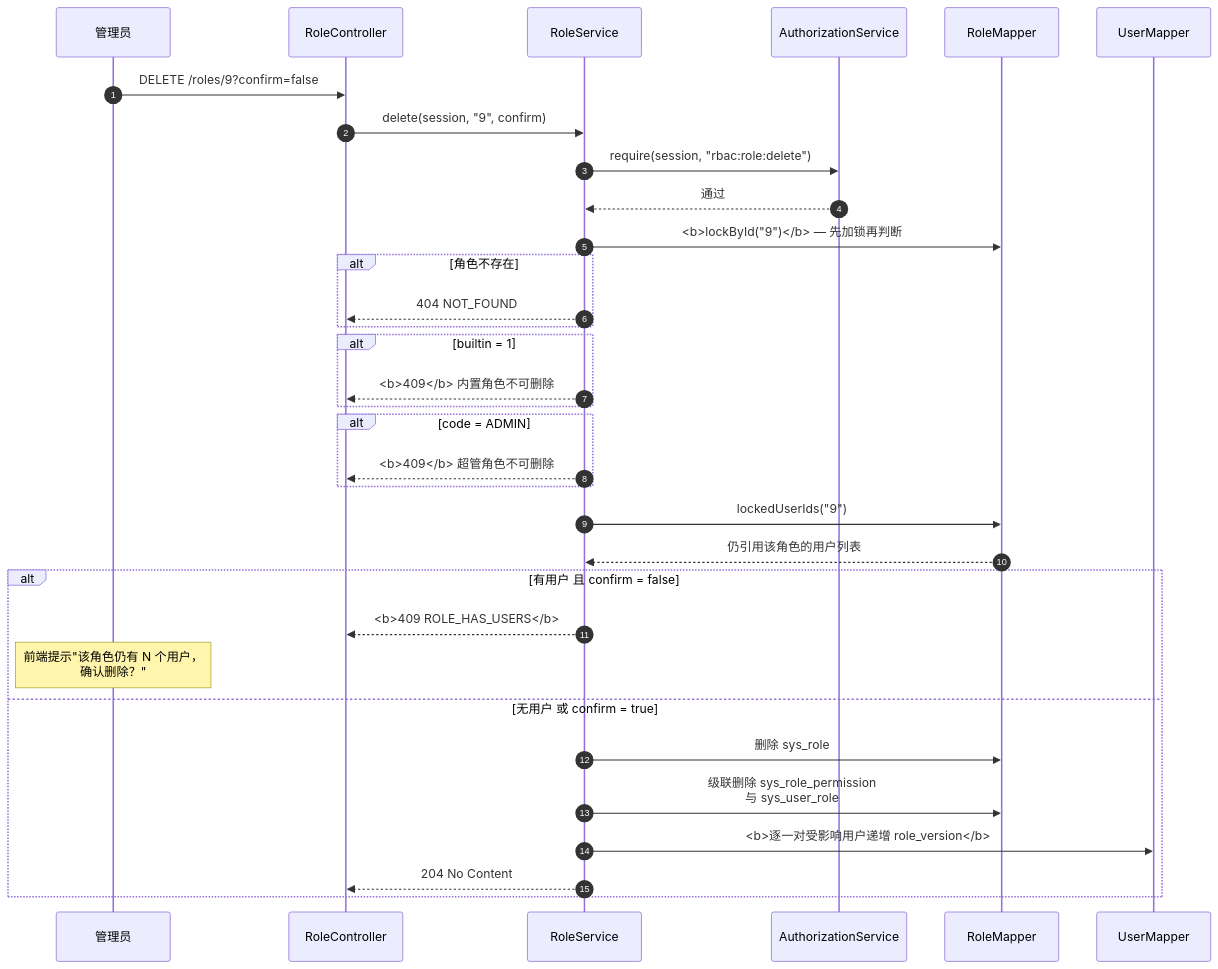
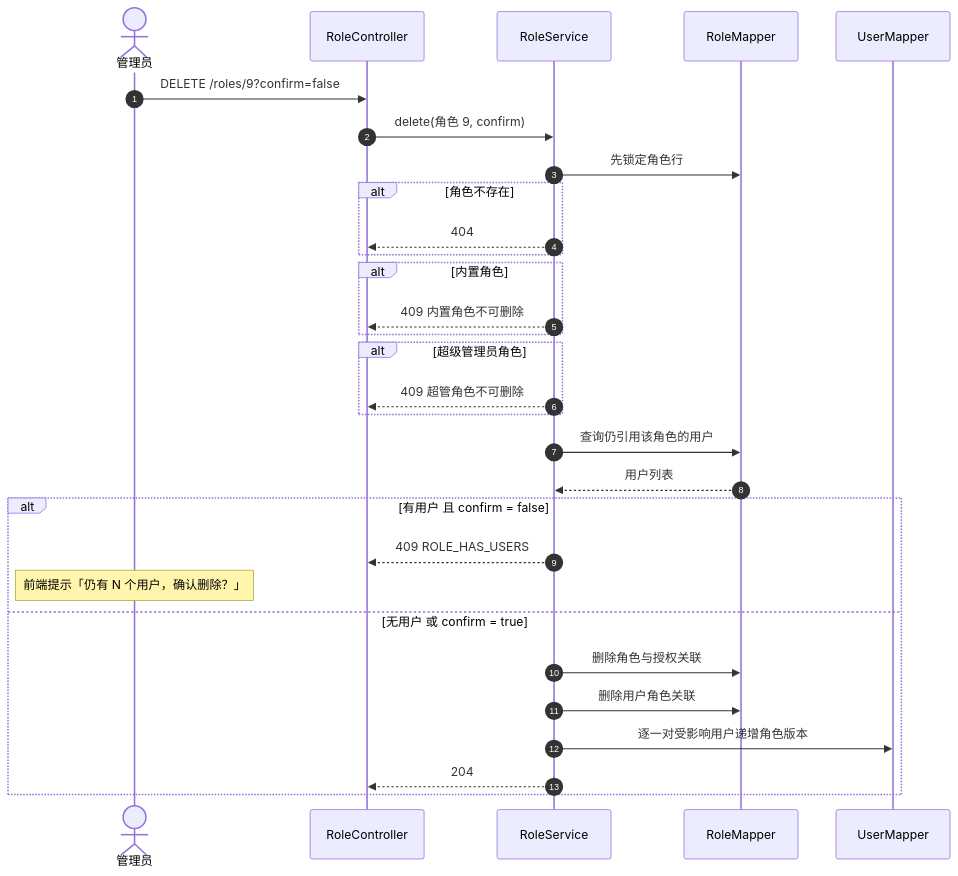
One commit to wenjiu-leng66/OO-d changed the sixth of 6 diagrams in docs/uml/sequence-diagrams.md. Above: the diagram before and after it, drawn with Mermaid. The commit also changed other lines of this file and 4 other files, not shown here.

First line of the commit message:
docs(uml): 按需求驱动重做模型与设计图

````diff
--- a/docs/uml/sequence-diagrams.md
+++ b/docs/uml/sequence-diagrams.md
@@ -368,41 +324,36 @@
 ```mermaid
 sequenceDiagram
   autonumber
-  participant B as 管理员
+  actor B as 管理员
   participant C as RoleController
   participant S as RoleService
-  participant A as AuthorizationService
-  participant RM as RoleMapper
-  participant UM as UserMapper
+  participant R as RoleMapper
+  participant M as UserMapper
 
   B->>C: DELETE /roles/9?confirm=false
-  C->>S: delete(session, "9", confirm)
+  C->>S: delete(角色 9, confirm)
 
-  S->>A: require(session, "rbac:role:delete")
-  A-->>S: 通过
-
-  S->>RM: <b>lockById("9")</b> — 先加锁再判断
+  S->>R: 先锁定角色行
   alt 角色不存在
-    S-->>C: 404 NOT_FOUND
+    S-->>C: 404
+  end
+  alt 内置角色
+    S-->>C: 409 内置角色不可删除
+  end
+  alt 超级管理员角色
+    S-->>C: 409 超管角色不可删除
   end
 
-  alt builtin = 1
-    S-->>C: <b>409</b> 内置角色不可删除
-  end
-  alt code = ADMIN
-    S-->>C: <b>409</b> 超管角色不可删除
-  end
-
-  S->>RM: lockedUserIds("9")
-  RM-->>S: 仍引用该角色的用户列表
+  S->>R: 查询仍引用该角色的用户
+  R-->>S: 用户列表
 
   alt 有用户 且 confirm = false
-    S-->>C: <b>409 ROLE_HAS_USERS</b>
-    Note over B: 前端提示"该角色仍有 N 个用户，<br/>确认删除？"
+    S-->>C: 409 ROLE_HAS_USERS
+    Note over B: 前端提示「仍有 N 个用户，确认删除？」
   else 无用户 或 confirm = true
-    S->>RM: 删除 sys_role
-    S->>RM: 级联删除 sys_role_permission<br/>与 sys_user_role
-    S->>UM: <b>逐一对受影响用户递增 role_version</b>
-    S-->>C: 204 No Content
+    S->>R: 删除角色与授权关联
+    S->>R: 删除用户角色关联
+    S->>M: 逐一对受影响用户递增角色版本
+    S-->>C: 204
   end
 ```
````
